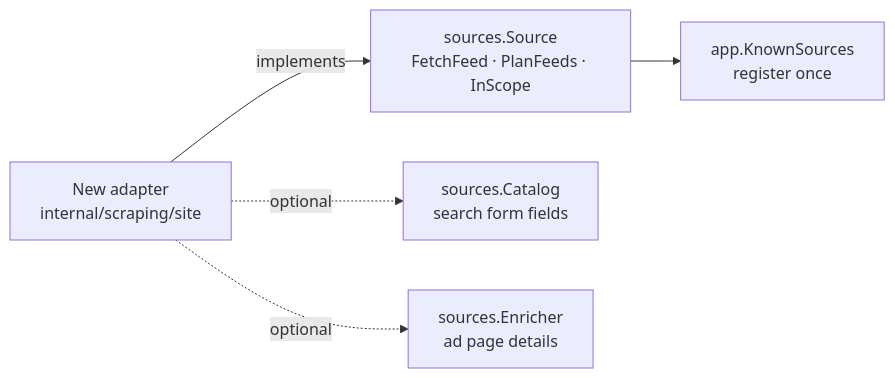
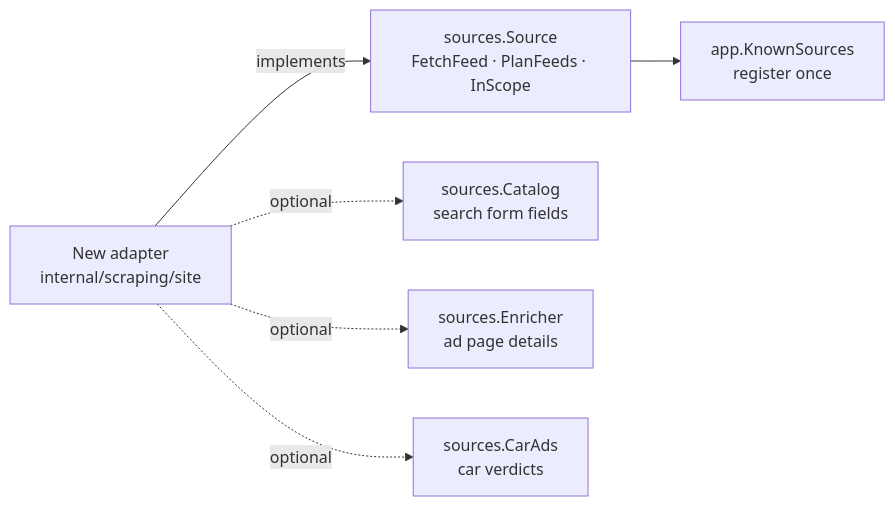
One commit to A1nar-S/ad-monitor changed the fifth of 6 diagrams in docs/architecture.md. Above: the diagram before and after it, drawn with Mermaid. The commit also changed other lines of this file and 31 other files, not shown here.

````diff
--- a/docs/architecture.md
+++ b/docs/architecture.md
@@ -111,7 +112,8 @@
 ```mermaid
 flowchart LR
     adapter[New adapter<br/>internal/scraping/site] -- implements --> src[sources.Source<br/>FetchFeed · PlanFeeds · InScope]
     adapter -. optional .-> cat[sources.Catalog<br/>search form fields]
     adapter -. optional .-> enr[sources.Enricher<br/>ad page details]
+    adapter -. optional .-> car[sources.CarAds<br/>car verdicts]
     src --> reg[app.KnownSources<br/>register once]
 ```
````
